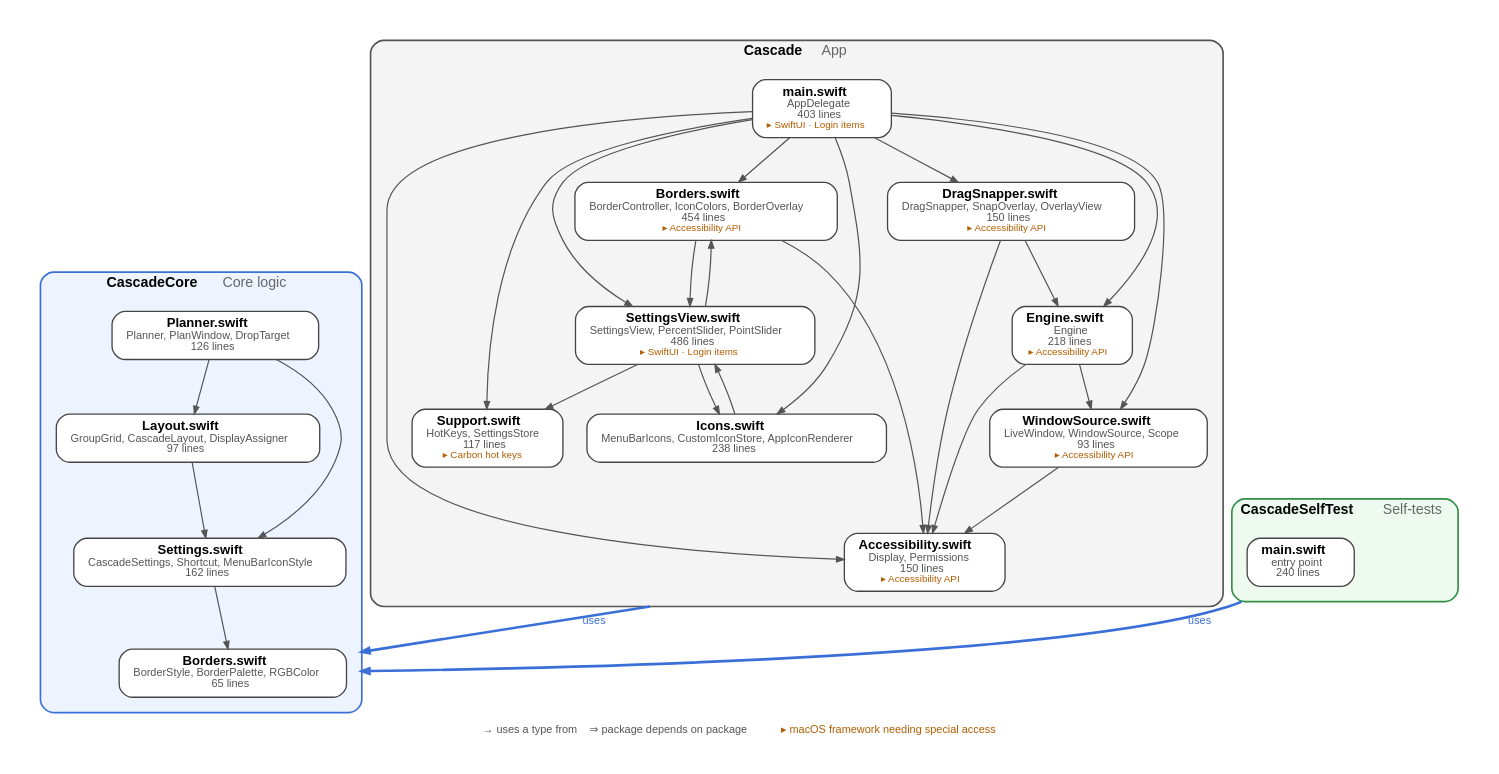
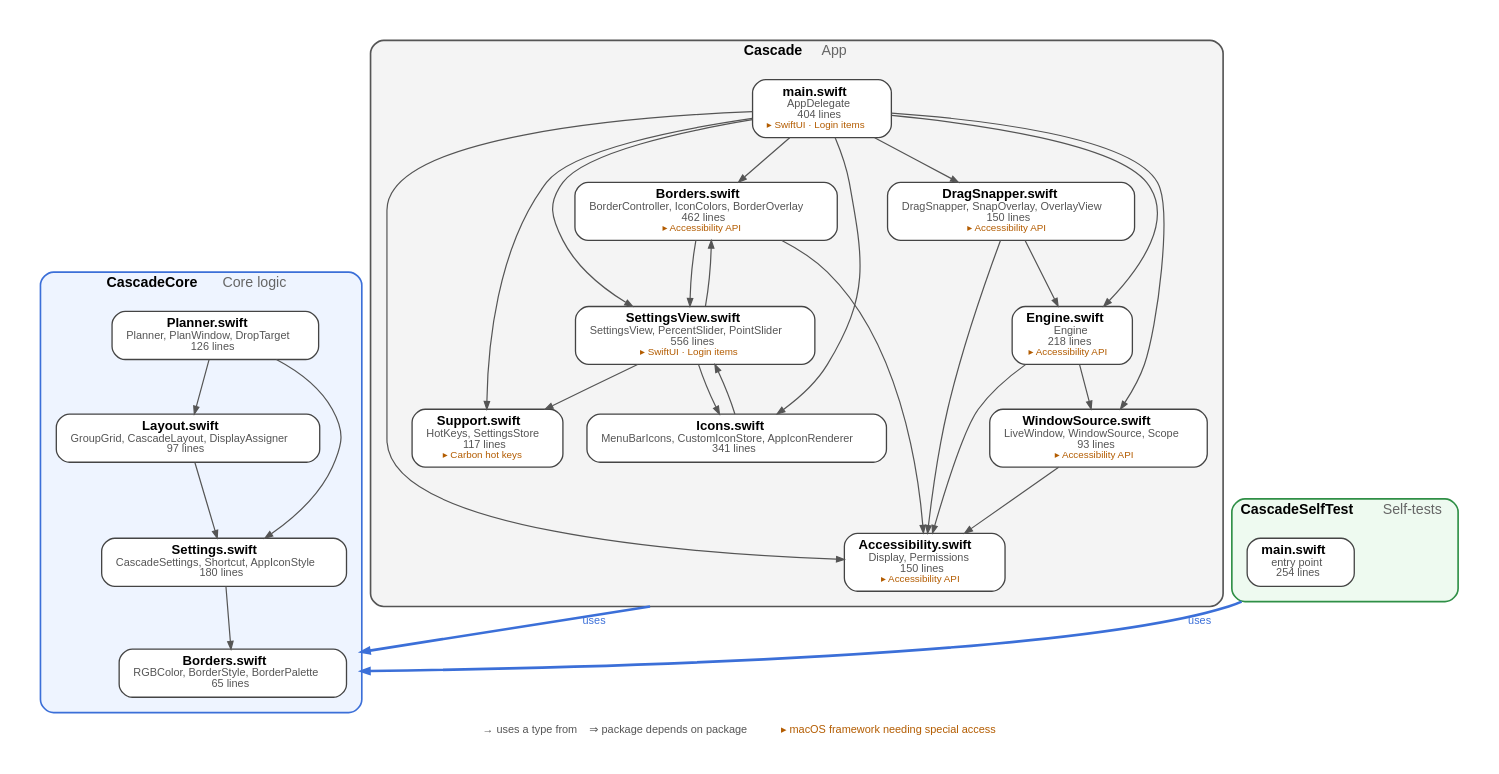
Before and after one commit to hasansayani/MacOSApps-Cascade: the diagram in docs/code-graph.dot, drawn with Graphviz. The commit also changed 3 other files, not shown here.

First line of the commit message:
Update App Facts label

```diff
--- a/docs/code-graph.dot
+++ b/docs/code-graph.dot
@@ -1,57 +1,57 @@
 digraph Cascade {
   graph [rankdir=TB, compound=true, nodesep=0.3, ranksep=0.55, pad=0.3, bgcolor="white", fontname="Helvetica", fontsize=13];
   node [shape=box, style="rounded,filled", fillcolor=white, color="#444444", penwidth=1.2, fontname="Helvetica", fontsize=12, margin="0.18,0.08"];
   edge [color="#555555", arrowsize=0.7, penwidth=1.1];
   subgraph cluster_CascadeCore {
     label=<<b>CascadeCore</b>  <font color="#666666">Core logic</font>>;
     style="rounded,filled"; fillcolor="#eef4ff"; color="#3b6fd8"; penwidth=1.5; margin=14;
-    CascadeCore_Borders [label=<<b>Borders.swift</b><br/><font point-size="10" color="#555555">BorderStyle, BorderPalette, RGBColor<br/>65 lines</font>>];
+    CascadeCore_Borders [label=<<b>Borders.swift</b><br/><font point-size="10" color="#555555">RGBColor, BorderStyle, BorderPalette<br/>65 lines</font>>];
     CascadeCore_Layout [label=<<b>Layout.swift</b><br/><font point-size="10" color="#555555">GroupGrid, CascadeLayout, DisplayAssigner<br/>97 lines</font>>];
     CascadeCore_Planner [label=<<b>Planner.swift</b><br/><font point-size="10" color="#555555">Planner, PlanWindow, DropTarget<br/>126 lines</font>>];
-    CascadeCore_Settings [label=<<b>Settings.swift</b><br/><font point-size="10" color="#555555">CascadeSettings, Shortcut, MenuBarIconStyle<br/>162 lines</font>>];
+    CascadeCore_Settings [label=<<b>Settings.swift</b><br/><font point-size="10" color="#555555">CascadeSettings, Shortcut, AppIconStyle<br/>180 lines</font>>];
   }
   subgraph cluster_Cascade {
     label=<<b>Cascade</b>  <font color="#666666">App</font>>;
     style="rounded,filled"; fillcolor="#f4f4f4"; color="#555555"; penwidth=1.5; margin=14;
     Cascade_Accessibility [label=<<b>Accessibility.swift</b><br/><font point-size="10" color="#555555">Display, Permissions<br/>150 lines</font><br/><font point-size="9.5" color="#b35c00">▸ Accessibility API</font>>];
-    Cascade_Borders [label=<<b>Borders.swift</b><br/><font point-size="10" color="#555555">BorderController, IconColors, BorderOverlay<br/>454 lines</font><br/><font point-size="9.5" color="#b35c00">▸ Accessibility API</font>>];
+    Cascade_Borders [label=<<b>Borders.swift</b><br/><font point-size="10" color="#555555">BorderController, IconColors, BorderOverlay<br/>462 lines</font><br/><font point-size="9.5" color="#b35c00">▸ Accessibility API</font>>];
     Cascade_DragSnapper [label=<<b>DragSnapper.swift</b><br/><font point-size="10" color="#555555">DragSnapper, SnapOverlay, OverlayView<br/>150 lines</font><br/><font point-size="9.5" color="#b35c00">▸ Accessibility API</font>>];
     Cascade_Engine [label=<<b>Engine.swift</b><br/><font point-size="10" color="#555555">Engine<br/>218 lines</font><br/><font point-size="9.5" color="#b35c00">▸ Accessibility API</font>>];
-    Cascade_Icons [label=<<b>Icons.swift</b><br/><font point-size="10" color="#555555">MenuBarIcons, CustomIconStore, AppIconRenderer<br/>238 lines</font>>];
-    Cascade_SettingsView [label=<<b>SettingsView.swift</b><br/><font point-size="10" color="#555555">SettingsView, PercentSlider, PointSlider<br/>486 lines</font><br/><font point-size="9.5" color="#b35c00">▸ SwiftUI · Login items</font>>];
+    Cascade_Icons [label=<<b>Icons.swift</b><br/><font point-size="10" color="#555555">MenuBarIcons, CustomIconStore, AppIconRenderer<br/>341 lines</font>>];
+    Cascade_SettingsView [label=<<b>SettingsView.swift</b><br/><font point-size="10" color="#555555">SettingsView, PercentSlider, PointSlider<br/>556 lines</font><br/><font point-size="9.5" color="#b35c00">▸ SwiftUI · Login items</font>>];
     Cascade_Support [label=<<b>Support.swift</b><br/><font point-size="10" color="#555555">HotKeys, SettingsStore<br/>117 lines</font><br/><font point-size="9.5" color="#b35c00">▸ Carbon hot keys</font>>];
     Cascade_WindowSource [label=<<b>WindowSource.swift</b><br/><font point-size="10" color="#555555">LiveWindow, WindowSource, Scope<br/>93 lines</font><br/><font point-size="9.5" color="#b35c00">▸ Accessibility API</font>>];
-    Cascade_main [label=<<b>main.swift</b><br/><font point-size="10" color="#555555">AppDelegate<br/>403 lines</font><br/><font point-size="9.5" color="#b35c00">▸ SwiftUI · Login items</font>>];
+    Cascade_main [label=<<b>main.swift</b><br/><font point-size="10" color="#555555">AppDelegate<br/>404 lines</font><br/><font point-size="9.5" color="#b35c00">▸ SwiftUI · Login items</font>>];
   }
   subgraph cluster_CascadeSelfTest {
     label=<<b>CascadeSelfTest</b>  <font color="#666666">Self-tests</font>>;
     style="rounded,filled"; fillcolor="#eefaf0"; color="#2f8f46"; penwidth=1.5; margin=14;
-    CascadeSelfTest_main [label=<<b>main.swift</b><br/><font point-size="10" color="#555555">entry point<br/>240 lines</font>>];
+    CascadeSelfTest_main [label=<<b>main.swift</b><br/><font point-size="10" color="#555555">entry point<br/>254 lines</font>>];
   }
   labelloc=b; label=<<font point-size="10" color="#555555">→ uses a type from    ⇒ package depends on package    <font color="#b35c00">▸ macOS framework needing special access</font></font>>;
   CascadeCore_Layout -> CascadeCore_Settings;
   CascadeCore_Planner -> CascadeCore_Layout;
   CascadeCore_Planner -> CascadeCore_Settings;
   CascadeCore_Settings -> CascadeCore_Borders;
   Cascade_Borders -> Cascade_Accessibility;
   Cascade_Borders -> Cascade_SettingsView;
   Cascade_DragSnapper -> Cascade_Accessibility;
   Cascade_DragSnapper -> Cascade_Engine;
   Cascade_Engine -> Cascade_Accessibility;
   Cascade_Engine -> Cascade_WindowSource;
   Cascade_Icons -> Cascade_SettingsView;
   Cascade_SettingsView -> Cascade_Borders;
   Cascade_SettingsView -> Cascade_Icons;
   Cascade_SettingsView -> Cascade_Support;
   Cascade_WindowSource -> Cascade_Accessibility;
   Cascade_main -> Cascade_Accessibility;
   Cascade_main -> Cascade_Borders;
   Cascade_main -> Cascade_DragSnapper;
   Cascade_main -> Cascade_Engine;
   Cascade_main -> Cascade_Icons;
   Cascade_main -> Cascade_SettingsView;
   Cascade_main -> Cascade_Support;
   Cascade_main -> Cascade_WindowSource;
   Cascade_Accessibility -> CascadeCore_Borders [ltail=cluster_Cascade, lhead=cluster_CascadeCore, penwidth=2.4, color="#3b6fd8", label=" uses ", fontname="Helvetica", fontsize=10, fontcolor="#3b6fd8"];
   CascadeSelfTest_main -> CascadeCore_Borders [ltail=cluster_CascadeSelfTest, lhead=cluster_CascadeCore, penwidth=2.4, color="#3b6fd8", label=" uses ", fontname="Helvetica", fontsize=10, fontcolor="#3b6fd8"];
 }
```
